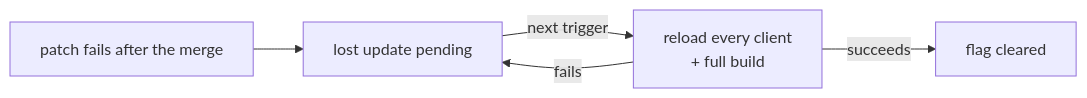
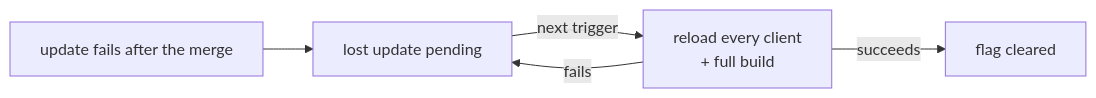
One commit to rolldown/rolldown changed the diagram in internal-docs/dev-engine/design.md. Above: the diagram before and after it, drawn with Mermaid. The commit also changed other lines of this file and 194 other files, not shown here.

````diff
--- a/internal-docs/dev-engine/design.md
+++ b/internal-docs/dev-engine/design.md
@@ -122,7 +121,7 @@
 ```mermaid
 flowchart LR
-  F[patch fails after the merge] --> P[lost update pending]
+  F[update fails after the merge] --> P[lost update pending]
   P -->|next trigger| U[reload every client<br/>+ full build]
   U -->|succeeds| D[flag cleared]
   U -->|fails| P
 ```
````
